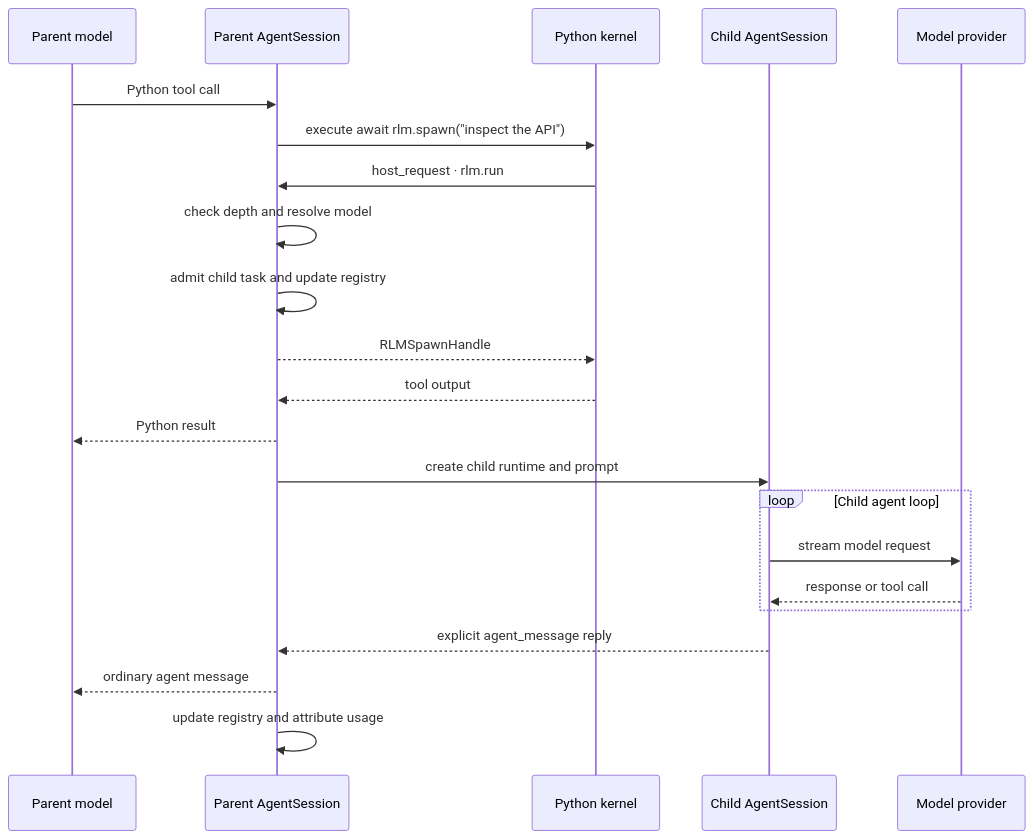
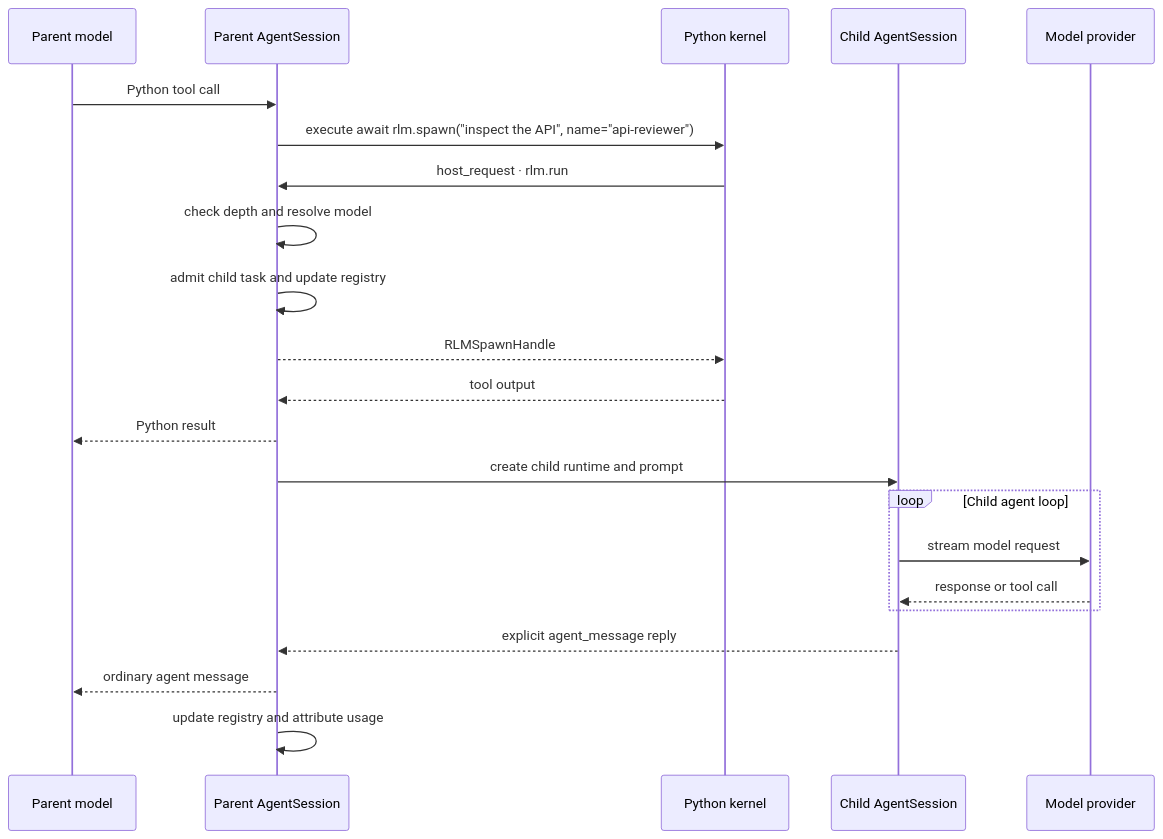
The second of 2 diagrams in packages/coding-agent/docs/rlm-runtime.md (PrimeIntellect-ai/prime-agent), drawn with Mermaid before and after one commit.

Commit message:
name the child in the runtime sequence diagram
The diagram showed a spawn call that now fails at the signature.

````diff
--- a/packages/coding-agent/docs/rlm-runtime.md
+++ b/packages/coding-agent/docs/rlm-runtime.md
@@ -36,25 +36,25 @@
 ```mermaid
 sequenceDiagram
     participant M as Parent model
     participant H as Parent AgentSession
     participant K as Python kernel
     participant C as Child AgentSession
     participant P as Model provider
 
     M->>H: Python tool call
-    H->>K: execute await rlm.spawn("inspect the API")
+    H->>K: execute await rlm.spawn("inspect the API", name="api-reviewer")
     K->>H: host_request · rlm.run
     H->>H: check depth and resolve model
     H->>H: admit child task and update registry
     H-->>K: RLMSpawnHandle
     K-->>H: tool output
     H-->>M: Python result
     H->>C: create child runtime and prompt
     loop Child agent loop
         C->>P: stream model request
         P-->>C: response or tool call
     end
     C-->>H: explicit agent_message reply
     H-->>M: ordinary agent message
     H->>H: update registry and attribute usage
 ```
````
